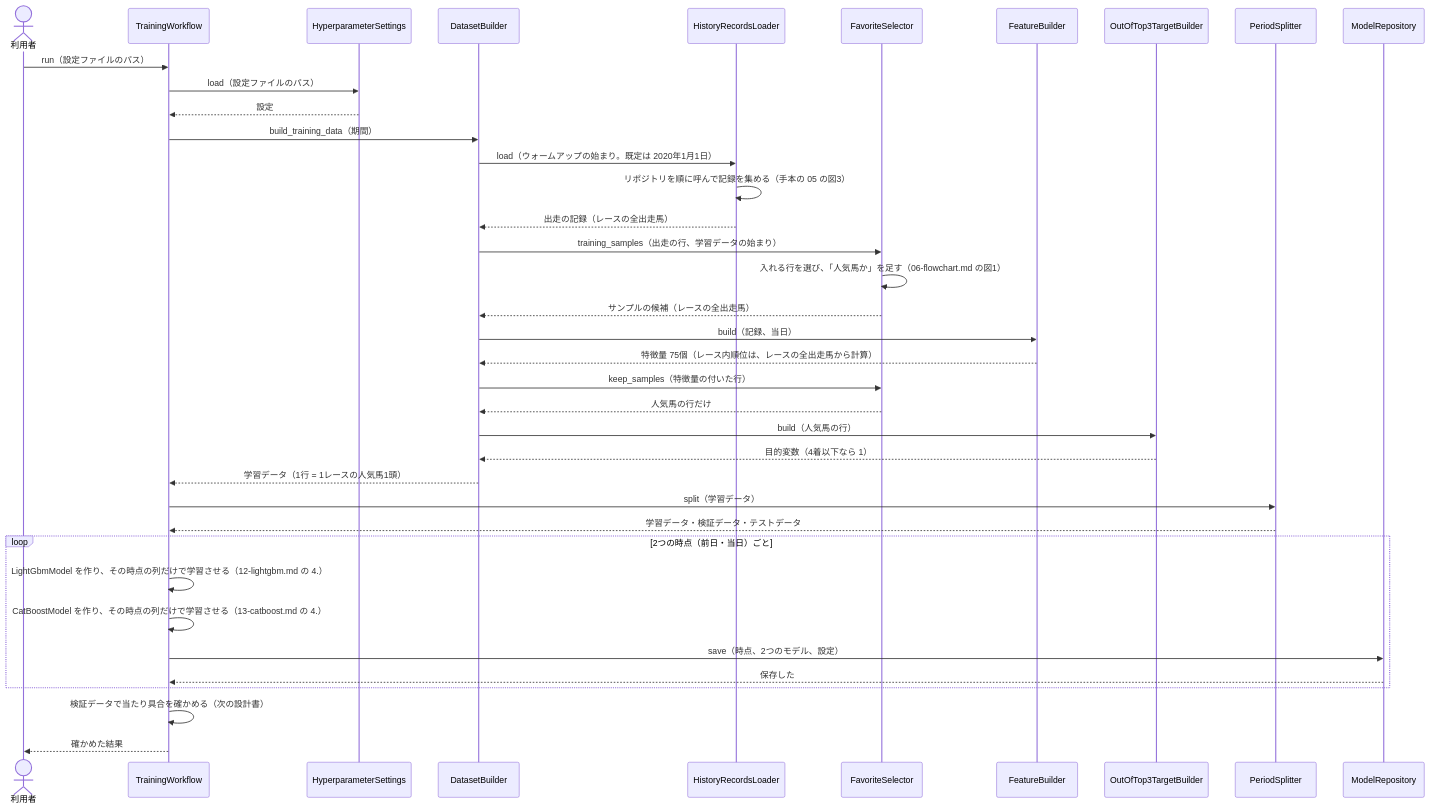
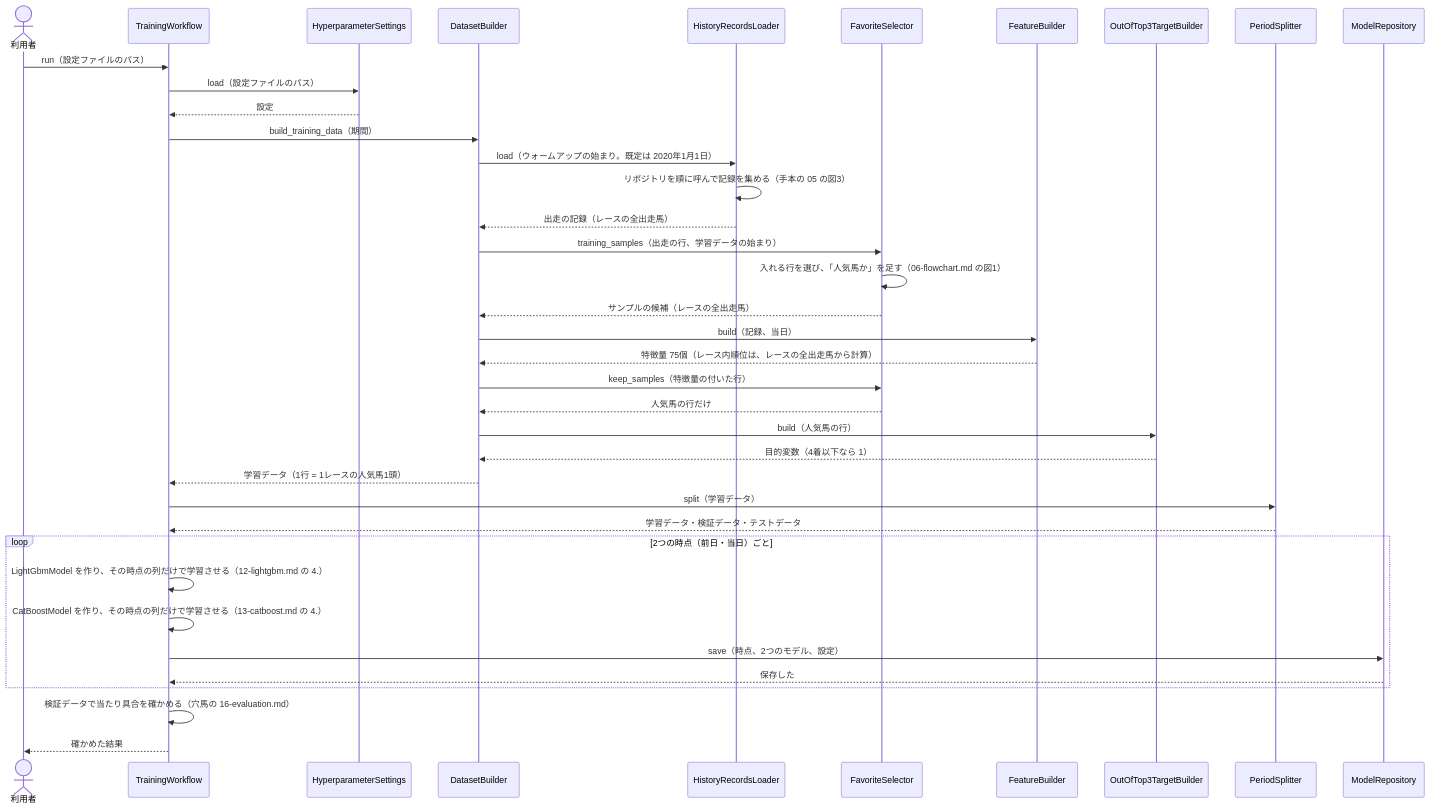
One commit to ht-0328/keiba-yosou changed the first of 2 diagrams in docs/design/人気馬が4着以下になるかを予想/05-sequence.md. Above: the diagram before and after it, drawn with Mermaid. The commit also changed other lines of this file and 17 other files, not shown here.

````diff
--- a/docs/design/人気馬が4着以下になるかを予想/05-sequence.md
+++ b/docs/design/人気馬が4着以下になるかを予想/05-sequence.md
@@ -13,40 +13,40 @@
 ```mermaid
 sequenceDiagram
     actor U as 利用者
     participant W as TrainingWorkflow
     participant H as HyperparameterSettings
     participant D as DatasetBuilder
     participant L as HistoryRecordsLoader
     participant FS as FavoriteSelector
     participant F as FeatureBuilder
     participant T as OutOfTop3TargetBuilder
     participant S as PeriodSplitter
     participant MR as ModelRepository
     U->>W: run（設定ファイルのパス）
     W->>H: load（設定ファイルのパス）
     H-->>W: 設定
     W->>D: build_training_data（期間）
     D->>L: load（ウォームアップの始まり。既定は 2020年1月1日）
     L->>L: リポジトリを順に呼んで記録を集める（手本の 05 の図3）
     L-->>D: 出走の記録（レースの全出走馬）
     D->>FS: training_samples（出走の行、学習データの始まり）
     FS->>FS: 入れる行を選び、「人気馬か」を足す（06-flowchart.md の図1）
     FS-->>D: サンプルの候補（レースの全出走馬）
     D->>F: build（記録、当日）
     F-->>D: 特徴量 75個（レース内順位は、レースの全出走馬から計算）
     D->>FS: keep_samples（特徴量の付いた行）
     FS-->>D: 人気馬の行だけ
     D->>T: build（人気馬の行）
     T-->>D: 目的変数（4着以下なら 1）
     D-->>W: 学習データ（1行 = 1レースの人気馬1頭）
     W->>S: split（学習データ）
     S-->>W: 学習データ・検証データ・テストデータ
     loop 2つの時点（前日・当日）ごと
         W->>W: LightGbmModel を作り、その時点の列だけで学習させる（12-lightgbm.md の 4.）
         W->>W: CatBoostModel を作り、その時点の列だけで学習させる（13-catboost.md の 4.）
         W->>MR: save（時点、2つのモデル、設定）
         MR-->>W: 保存した
     end
-    W->>W: 検証データで当たり具合を確かめる（次の設計書）
+    W->>W: 検証データで当たり具合を確かめる（穴馬の 16-evaluation.md）
     W-->>U: 確かめた結果
 ```
````
